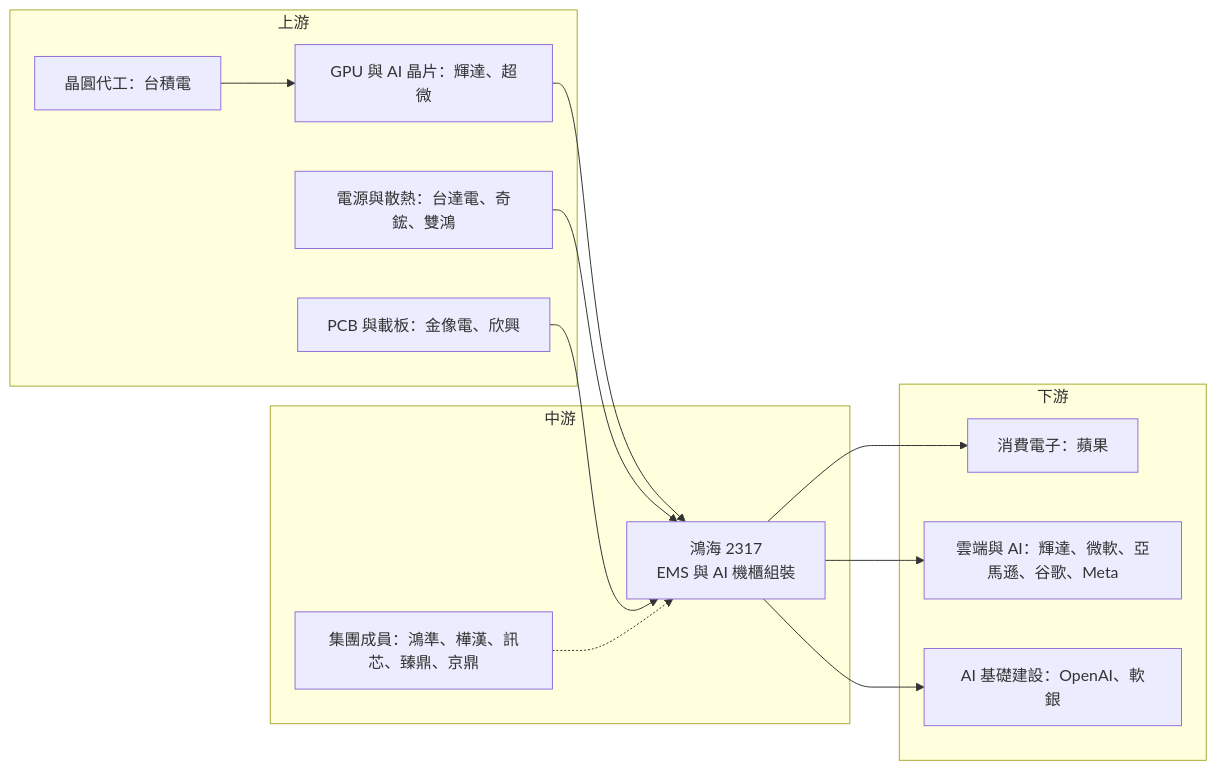
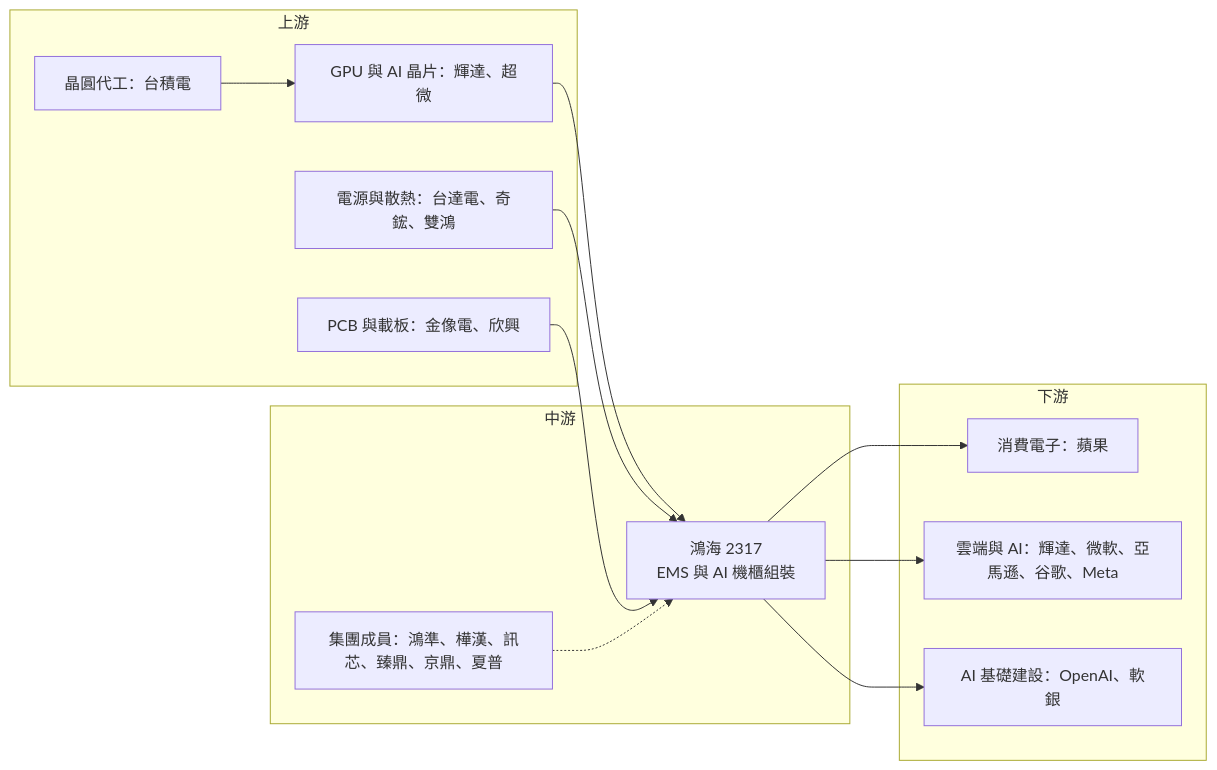
One commit to wangnick1004/taiwan-stock-vault changed the fourth of 4 diagrams in 個股/台股/2317鴻海.md. Above: the diagram before and after it, drawn with Mermaid. The commit also changed other lines of this file and 6 other files, not shown here.

````diff
--- a/個股/台股/2317鴻海.md
+++ b/個股/台股/2317鴻海.md
@@ -226,26 +251,26 @@
 ```mermaid
 flowchart LR
     subgraph 上游
         A1[GPU 與 AI 晶片：輝達、超微]
         A2[晶圓代工：台積電]
         A3[電源與散熱：台達電、奇鋐、雙鴻]
         A4[PCB 與載板：金像電、欣興]
     end
     subgraph 中游
-        B[鴻海 2317<br/>EMS 與 AI 機櫃組裝]
-        B2[集團成員：鴻準、樺漢、訊芯、臻鼎、京鼎]
+        B["鴻海 2317<br/>EMS 與 AI 機櫃組裝"]
+        B2[集團成員：鴻準、樺漢、訊芯、臻鼎、京鼎、夏普]
     end
     subgraph 下游
         C1[消費電子：蘋果]
         C2[雲端與 AI：輝達、微軟、亞馬遜、谷歌、Meta]
         C3[AI 基礎建設：OpenAI、軟銀]
     end
     A1 --> B
     A2 --> A1
     A3 --> B
     A4 --> B
     B2 -.-> B
     B --> C1
     B --> C2
     B --> C3
 ```
````
